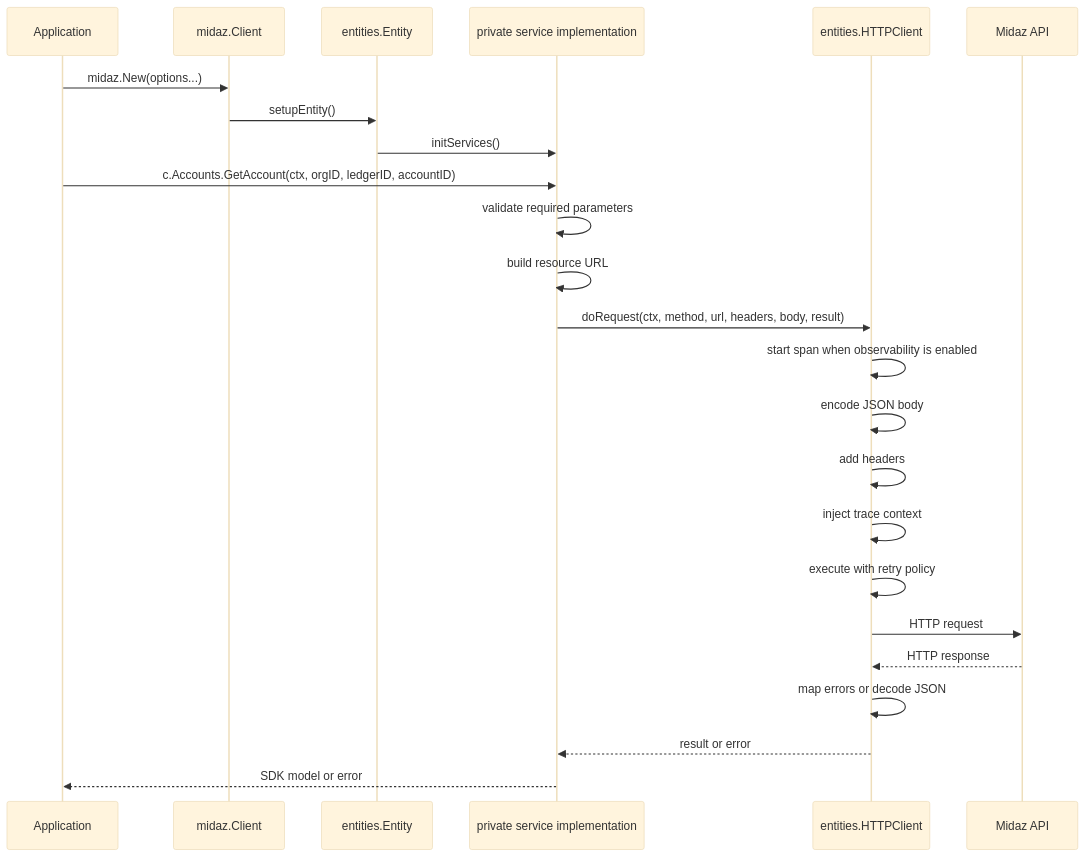
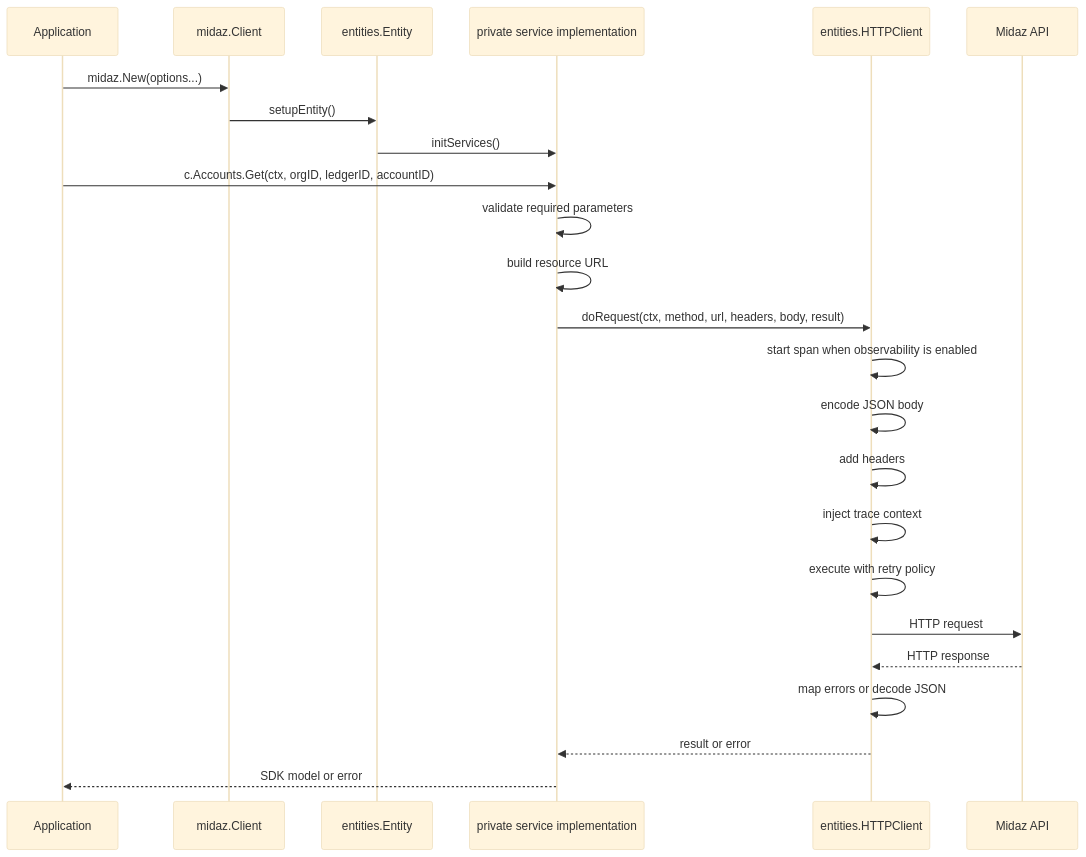
Before and after one commit to LerianStudio/midaz-sdk-golang: the third of 3 diagrams in docs/comprehensive-architecture.md, drawn with Mermaid (base theme). The commit also changed other lines of this file and 80 other files, not shown here.

````diff
--- a/docs/comprehensive-architecture.md
+++ b/docs/comprehensive-architecture.md
@@ -276,28 +276,28 @@
 ```mermaid
 sequenceDiagram
     participant App as Application
     participant Client as midaz.Client
     participant Entity as entities.Entity
     participant Service as private service implementation
     participant HTTP as entities.HTTPClient
     participant API as Midaz API
 
     App->>Client: midaz.New(options...)
     Client->>Entity: setupEntity()
     Entity->>Service: initServices()
 
-    App->>Service: c.Accounts.GetAccount(ctx, orgID, ledgerID, accountID)
+    App->>Service: c.Accounts.Get(ctx, orgID, ledgerID, accountID)
     Service->>Service: validate required parameters
     Service->>Service: build resource URL
     Service->>HTTP: doRequest(ctx, method, url, headers, body, result)
     HTTP->>HTTP: start span when observability is enabled
     HTTP->>HTTP: encode JSON body
     HTTP->>HTTP: add headers
     HTTP->>HTTP: inject trace context
     HTTP->>HTTP: execute with retry policy
     HTTP->>API: HTTP request
     API-->>HTTP: HTTP response
     HTTP->>HTTP: map errors or decode JSON
     HTTP-->>Service: result or error
     Service-->>App: SDK model or error
 ```
````
